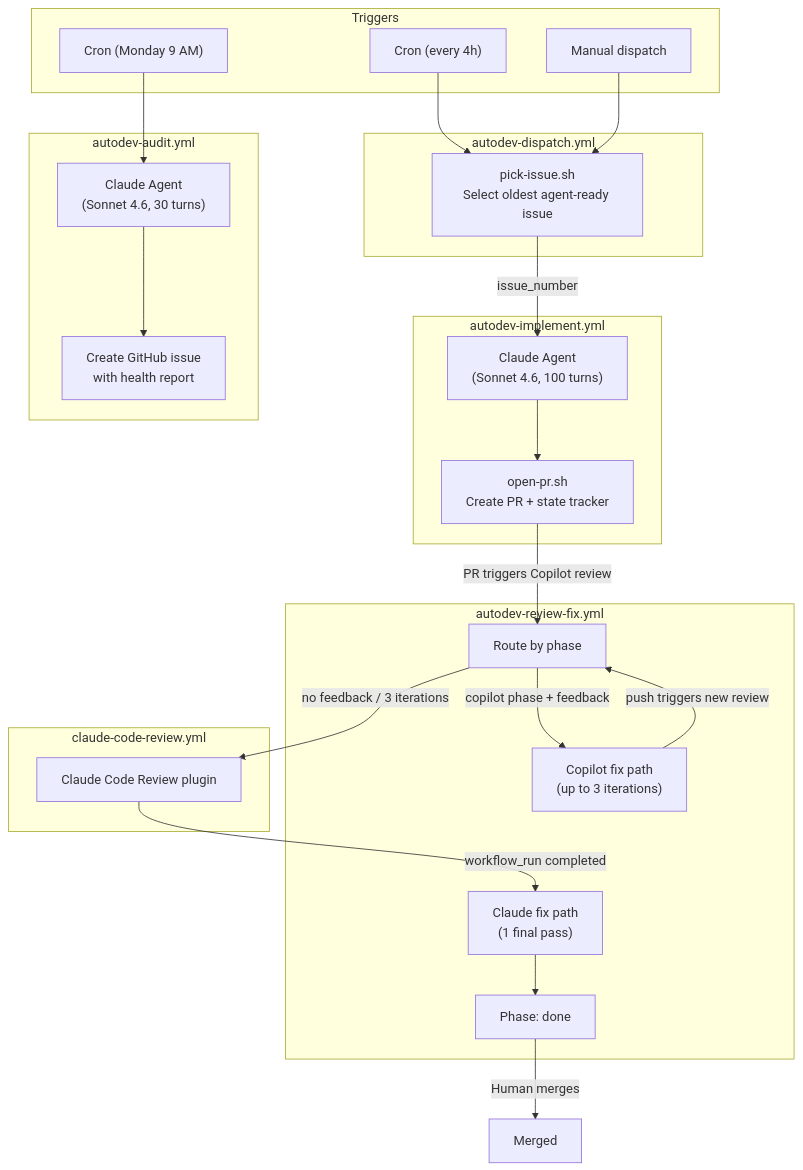
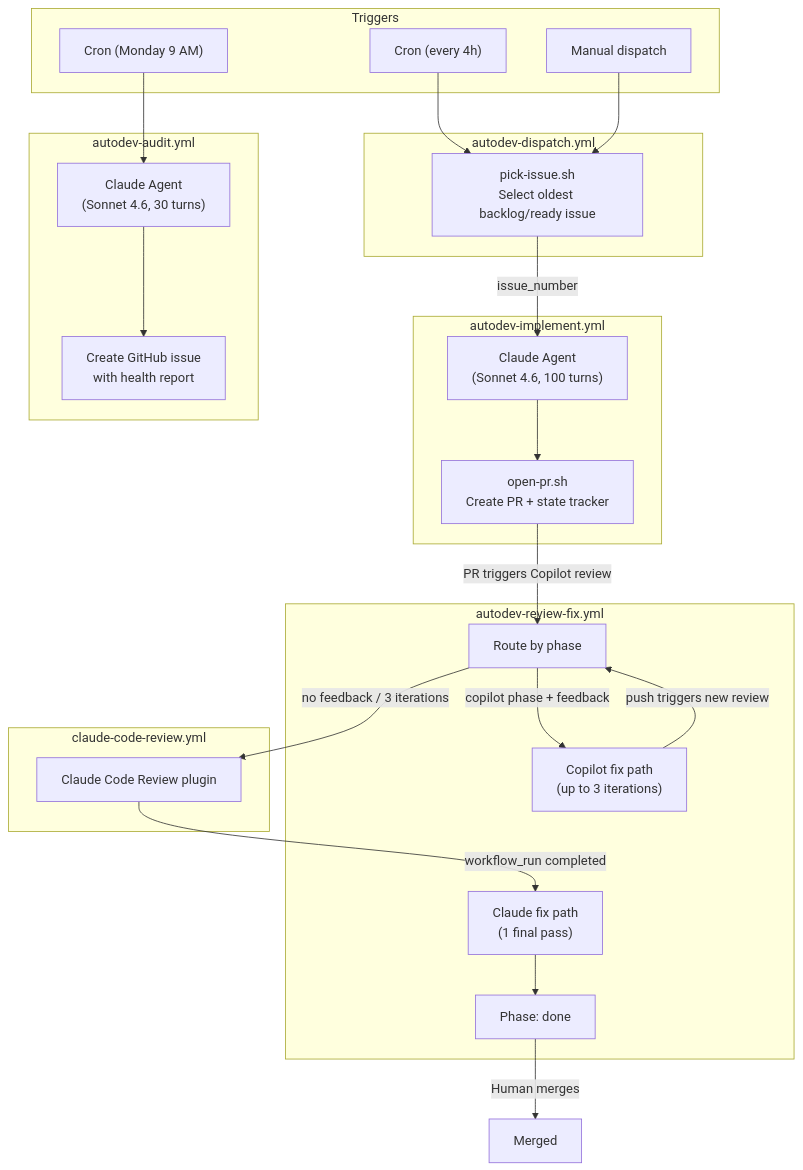
The first of 4 diagrams in docs/internal/autodev-pipeline.md (rnwolfe/mine), drawn with Mermaid before and after one commit. The commit also changed other lines of this file and 23 other files, not shown here.

````diff
--- a/docs/internal/autodev-pipeline.md
+++ b/docs/internal/autodev-pipeline.md
@@ -13,48 +13,48 @@
 ```mermaid
 flowchart TB
     subgraph Triggers
         cron4h["Cron (every 4h)"]
         manual["Manual dispatch"]
         cronMon["Cron (Monday 9 AM)"]
     end
 
     subgraph Dispatch["autodev-dispatch.yml"]
-        pick["pick-issue.sh<br/>Select oldest agent-ready issue"]
+        pick["pick-issue.sh<br/>Select oldest backlog/ready issue"]
     end
 
     subgraph Implement["autodev-implement.yml"]
         agent1["Claude Agent<br/>(Sonnet 4.6, 100 turns)"]
         openpr["open-pr.sh<br/>Create PR + state tracker"]
     end
 
     subgraph ReviewFix["autodev-review-fix.yml"]
         route["Route by phase"]
         copilotFix["Copilot fix path<br/>(up to 3 iterations)"]
         claudeFix["Claude fix path<br/>(1 final pass)"]
         done["Phase: done"]
     end
 
     subgraph CodeReview["claude-code-review.yml"]
         review["Claude Code Review plugin"]
     end
 
     subgraph Audit["autodev-audit.yml"]
         auditAgent["Claude Agent<br/>(Sonnet 4.6, 30 turns)"]
         auditIssue["Create GitHub issue<br/>with health report"]
     end
 
     cron4h --> pick
     manual --> pick
     pick -->|"issue_number"| agent1
     agent1 --> openpr
     openpr -->|"PR triggers Copilot review"| route
     route -->|"copilot phase + feedback"| copilotFix
     route -->|"no feedback / 3 iterations"| review
     copilotFix -->|"push triggers new review"| route
     review -->|"workflow_run completed"| claudeFix
     claudeFix --> done
     done -->|"Human merges"| merged["Merged"]
 
     cronMon --> auditAgent
     auditAgent --> auditIssue
 ```
````
